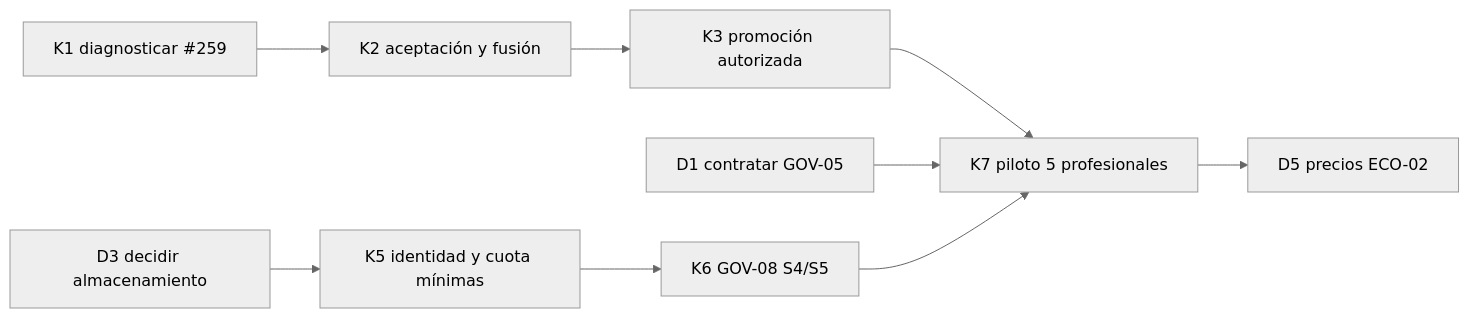
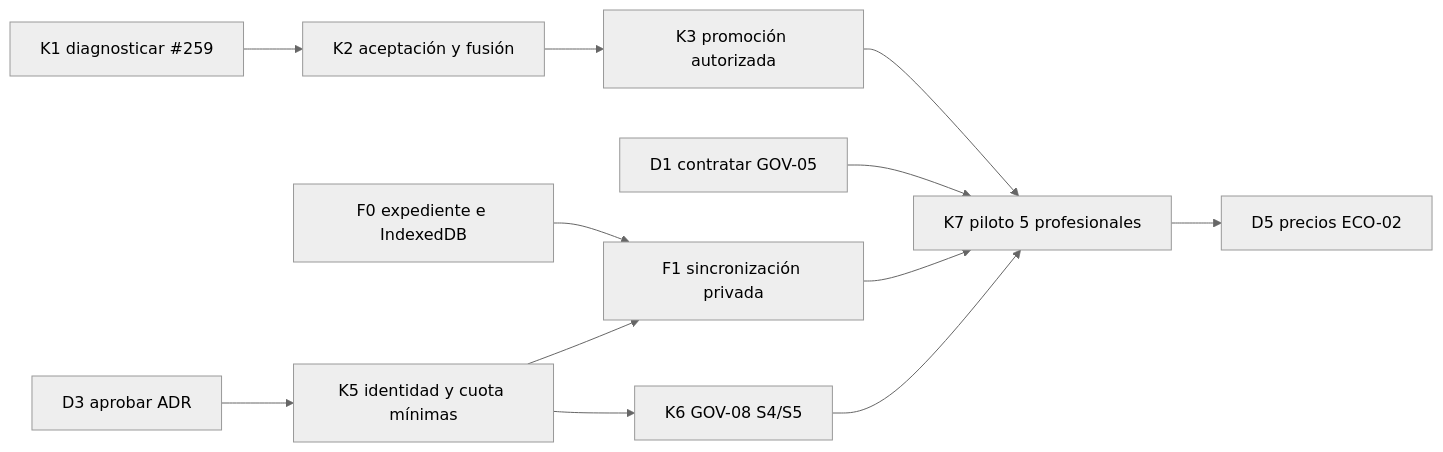
One commit to Juanmaes83/floorplan-3d changed the second of 2 diagrams in docs/product/PLAN-MAESTRO-RUBIK-SOTA-v1.12.md. Above: the diagram before and after it, drawn with Mermaid (neutral theme). The commit also changed other lines of this file and 5 other files, not shown here.

````diff
--- a/docs/product/PLAN-MAESTRO-RUBIK-SOTA-v1.12.md
+++ b/docs/product/PLAN-MAESTRO-RUBIK-SOTA-v1.12.md
@@ -251,10 +261,13 @@
 ```mermaid
 flowchart LR
   K1[K1 diagnosticar #259] --> K2[K2 aceptación y fusión] --> K3[K3 promoción autorizada]
   K3 --> K7[K7 piloto 5 profesionales]
   D1[D1 contratar GOV-05] --> K7
-  D3[D3 decidir almacenamiento] --> K5[K5 identidad y cuota mínimas]
+  F0[F0 expediente e IndexedDB] --> F1
+  D3[D3 aprobar ADR] --> K5[K5 identidad y cuota mínimas]
   K5 --> K6[K6 GOV-08 S4/S5]
+  K5 --> F1[F1 sincronización privada]
+  F1 --> K7
   K6 --> K7
   K7 --> D5[D5 precios ECO-02]
 ```
````
